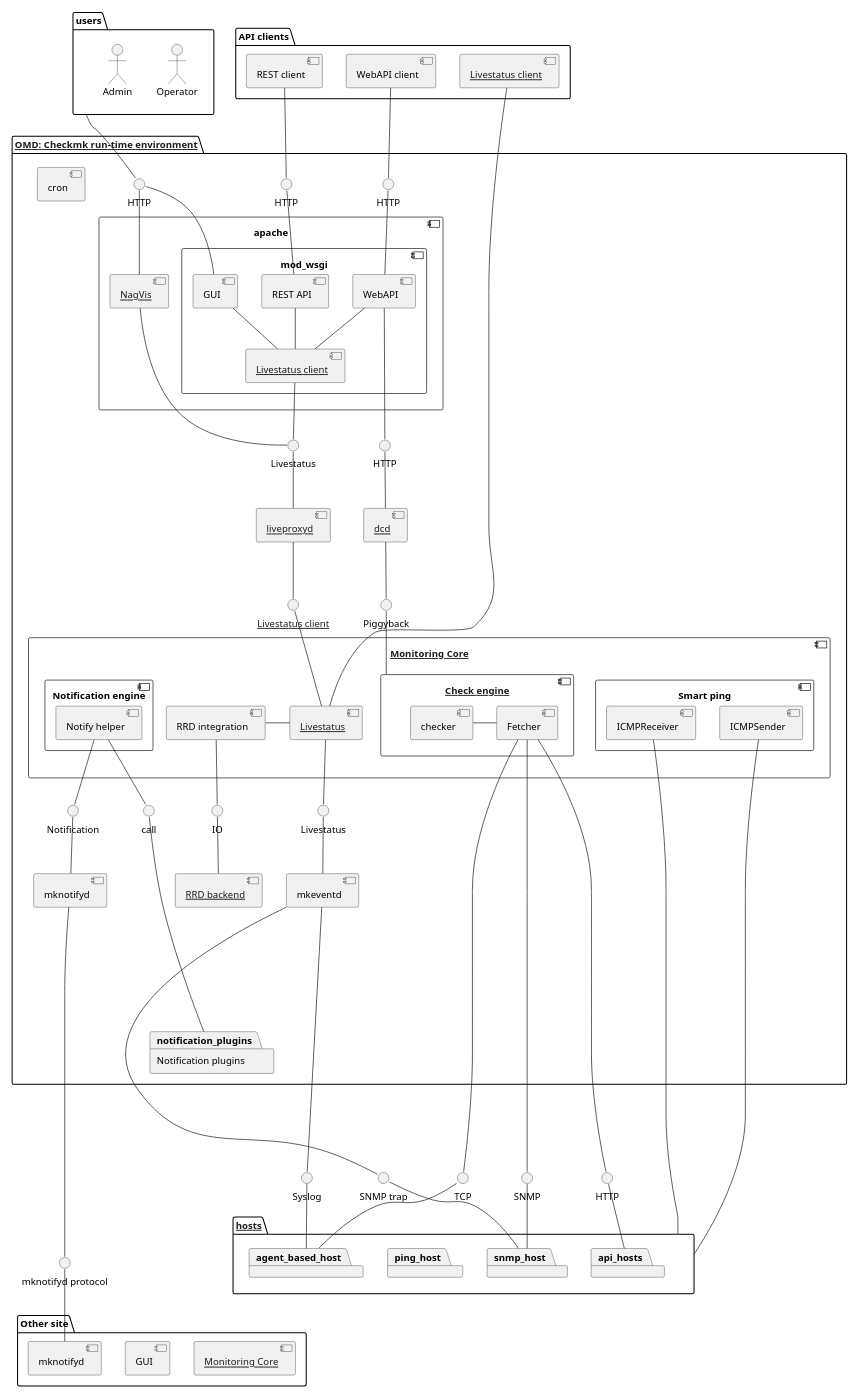
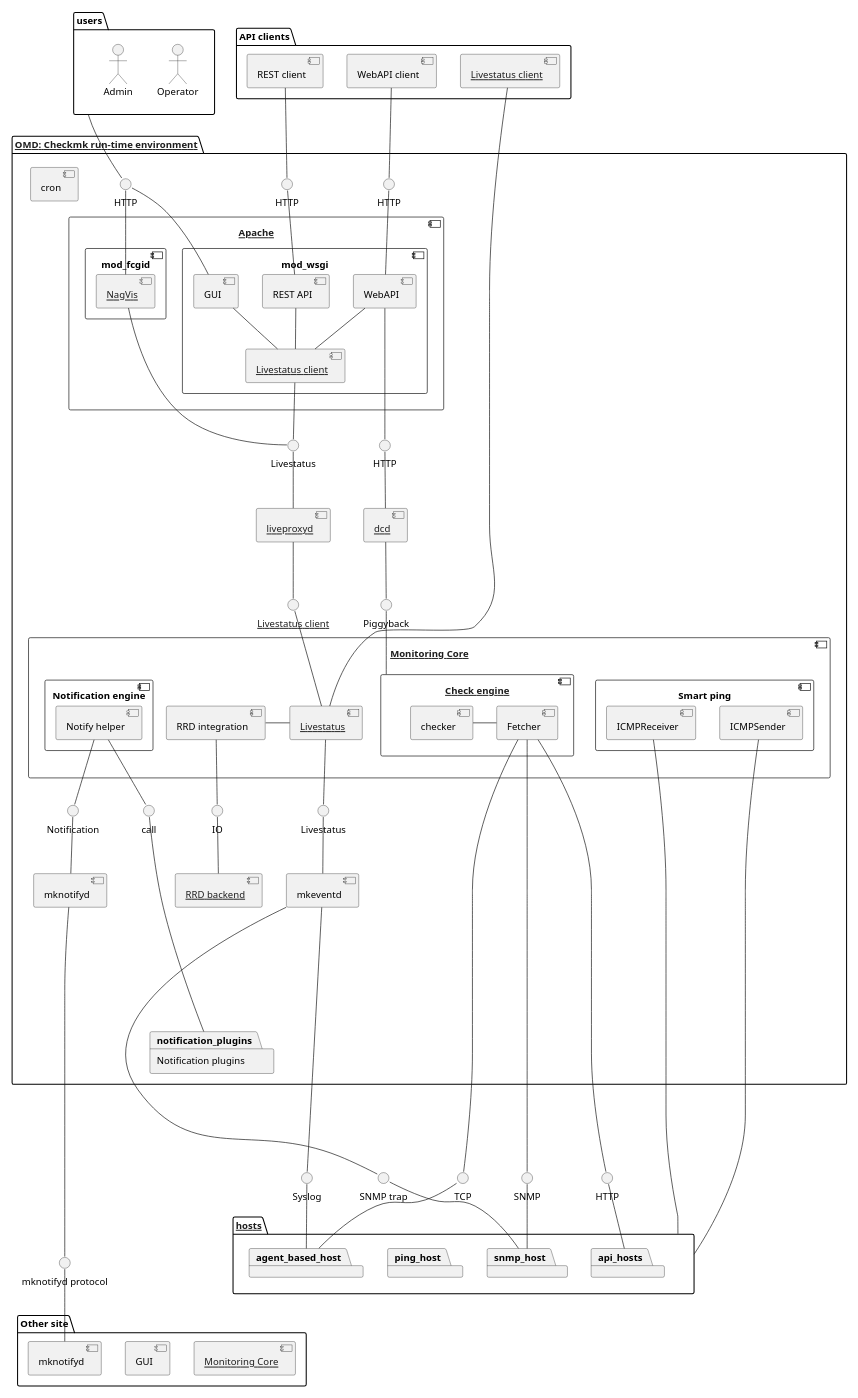
The diagram in doc/documentation/topology.puml (Checkmk/checkmk), drawn with PlantUML before and after one commit. The commit also changed 6 other files, not shown here.

Commit message:
Add Apache architecture article

```diff
--- a/doc/documentation/topology.puml
+++ b/doc/documentation/topology.puml
@@ -1,147 +1,149 @@
 @startuml
 skinparam componentStyle uml2
 skinparam monochrome true
 ' Remove shadows
 skinparam shadowing false
 scale 0.6
 
 package users {
     actor "Operator" as operator
     actor "Admin" as admin
 }
 
 package "API clients" as api_clients {
     component "WebAPI client" as web_api_client
     component "REST client" as rest_api_client
     component "[[../arch-comp-livestatus-client.html Livestatus client]]" as external_livestatus_client
 }
 
 package "[[../arch-comp-omd.html OMD: Checkmk run-time environment]]" as omd {
     interface HTTP as http_gui
     interface HTTP as http_rest_api
     interface HTTP as http_web_api
-    component apache {
+    component "[[../arch-comp-apache.html Apache]]" as apache {
         component "mod_wsgi" as mod_wsgi {
             component GUI
             component "REST API" as rest_api
             component WebAPI
             component "[[../arch-comp-livestatus-client.html Livestatus client]]" as apache_livestatus_client
         }
-        component "[[../arch-comp-nagvis.html NagVis]]" as nagvis
+        component mod_fcgid {
+            component "[[../arch-comp-nagvis.html NagVis]]" as nagvis
+        }
     }
     interface Livestatus as apache_livestatus
 
     component "[[../arch-comp-core.html Monitoring Core]]" as cmc {
         component "RRD integration" as rrd_integration
         component "[[../arch-comp-livestatus.html Livestatus]]" as cmc_livestatus_server
         component "[[../arch-comp-checkengine.html Check engine]]" as check_engine {
             component checker
             component Fetcher
         }
         component "Smart ping" as smart_ping {
             component ICMPReceiver
             component ICMPSender
         }
         component "Notification engine" as cmc_notify {
             component "Notify helper" as notify_helper
         }
     }
     interface "call" as call_notification_plugins
 
     component cron
 
     component "[[../arch-comp-liveproxyd.html liveproxyd]]" as liveproxyd
     interface "[[../arch-comp-livestatus-client.html Livestatus client]]" as liveproxyd_livestatus_client
 
     component "[[../arch-comp-dcd.html dcd]]" as dcd
     interface "HTTP" as dcd_web_api_client
     interface Piggyback as dcd_piggyback
 
     component mkeventd
     interface Livestatus as mkeventd_livestatus
 
     component mknotifyd
     interface Notification as mknotifyd_notification
 
     component "[[../arch-comp-rrd-backend.html RRD backend]]" as rrd_backend
     interface "IO" as rrd_io
 
     package "Notification plugins" as notification_plugins
 }
 
 package "Other site" as other_site {
     component "[[../arch-comp-core.html Monitoring Core]]" as cmc_other_site
     component "GUI" as gui_other_site
     component "mknotifyd" as mknotifyd_other_site
 }
 interface "mknotifyd protocol" as mknotifyd_protocol
 
 package "[[../arch-comp-hosts.html hosts]]" as hosts {
     package agent_based_host
     package snmp_host
     package ping_host
     package api_hosts
 }
 interface TCP
 interface Syslog
 interface SNMP
 interface "SNMP trap" as trap
 interface HTTP as api_hosts_http
 
 users -d- http_gui
 web_api_client -d- http_web_api
 rest_api_client -d- http_rest_api
 
 http_gui -d- GUI
 http_gui -d- nagvis
 http_web_api -d- WebAPI
 http_rest_api -d- rest_api
 
 GUI -d- apache_livestatus_client
 WebAPI -d- apache_livestatus_client
 rest_api -d- apache_livestatus_client
 apache_livestatus_client -d- apache_livestatus
 nagvis -d- apache_livestatus
 apache_livestatus -d- liveproxyd
 
 liveproxyd -d- liveproxyd_livestatus_client
 liveproxyd_livestatus_client -d- cmc_livestatus_server
 
 dcd -u- dcd_web_api_client
 dcd -d- dcd_piggyback
 dcd_web_api_client -l- WebAPI
 dcd_piggyback -d- check_engine
 
 ' Help visualization
 notify_helper -[hidden]r-> rrd_integration
 rrd_integration -r- cmc_livestatus_server
 checker -r- Fetcher
 
 external_livestatus_client -d- cmc_livestatus_server
 Fetcher -d----- TCP
 Fetcher -d----- SNMP
 Fetcher -d----- api_hosts_http
 TCP -d- agent_based_host
 SNMP -d- snmp_host
 api_hosts_http -d- api_hosts
 ICMPSender -d---- hosts
 ICMPReceiver -d---- hosts
 
 rrd_integration -d- rrd_io
 rrd_io -d- rrd_backend
 
 notify_helper -d- call_notification_plugins
 call_notification_plugins -d---- notification_plugins
 notify_helper -d- mknotifyd_notification
 mknotifyd_notification -d- mknotifyd
 mknotifyd -d------ mknotifyd_protocol
 mknotifyd_protocol -d- mknotifyd_other_site
 
 cmc_livestatus_server -d- mkeventd_livestatus
 mkeventd_livestatus -d- mkeventd
 mkeventd -d-- Syslog
 Syslog -d- agent_based_host
 mkeventd -d----- trap
 trap -d- snmp_host
 
 @enduml
```
